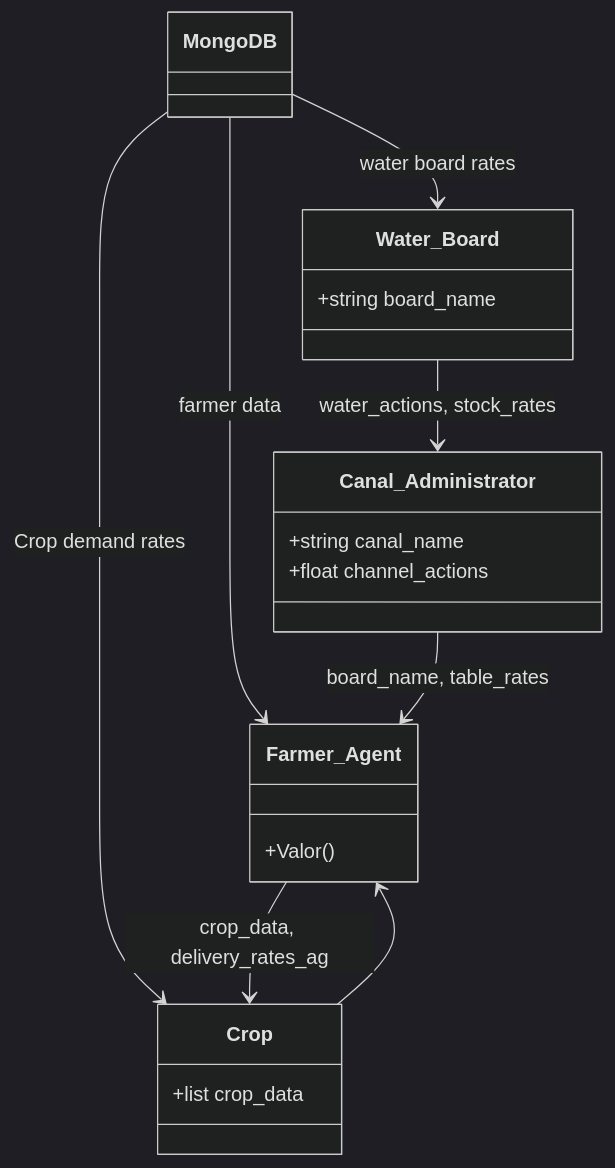
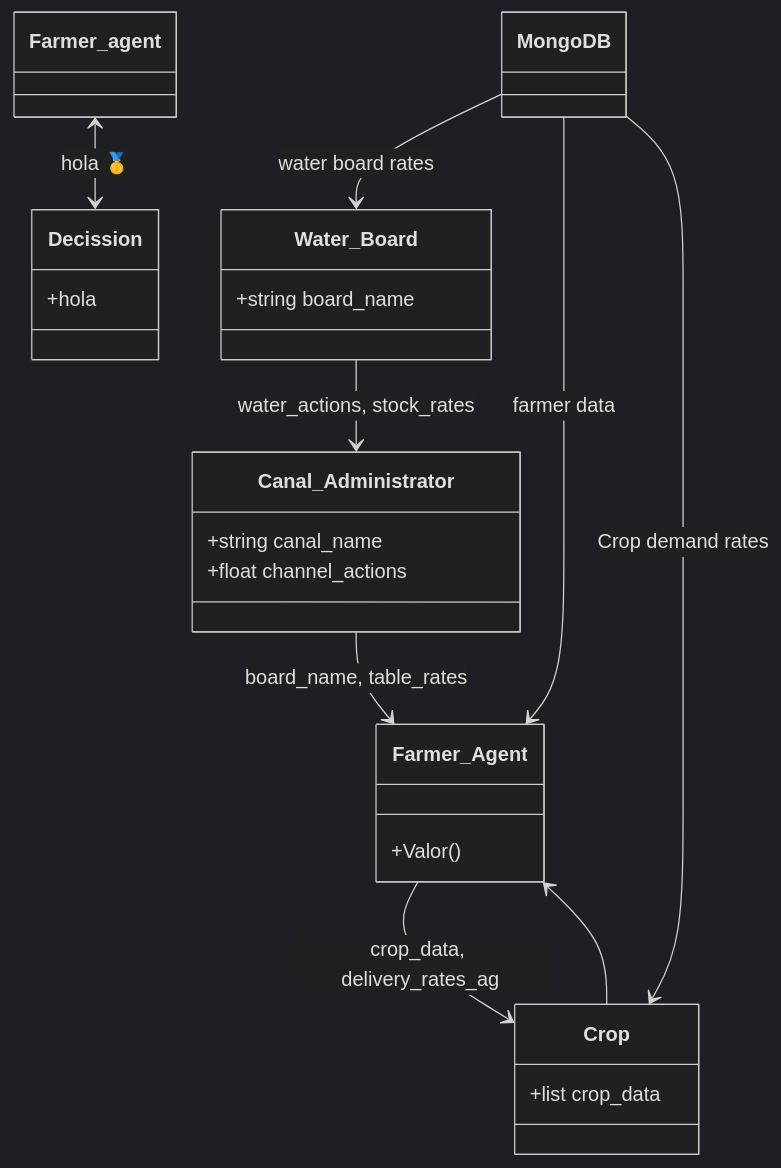
Before and after one commit to Pablov81/Agrotopia: the diagram in README.md, drawn with Mermaid (dark theme).

````diff
--- a/README.md
+++ b/README.md
@@ -46,32 +46,37 @@
 ```mermaid
 classDiagram
     class MongoDB {
     }
 
     class Water_Board {
         +string board_name
     }
 
     class Canal_Administrator{
         +string canal_name
         +float channel_actions
     }
 
     class Farmer_Agent {
         +Valor()
     }
 
     class Crop {
         +list crop_data
     }
 
+    class Decission {
+        +hola
+    }
+
 
 
     MongoDB --> Water_Board: water board rates
     MongoDB --> Farmer_Agent: farmer data
     MongoDB --> Crop: Crop demand rates
     Water_Board --> Canal_Administrator: water_actions, stock_rates
     Canal_Administrator --> Farmer_Agent: board_name, table_rates
     Farmer_Agent --> Crop: crop_data, delivery_rates_ag
+    Farmer_agent <--> Decission:hola 🥇
     Crop --> Farmer_Agent
 ```
````
